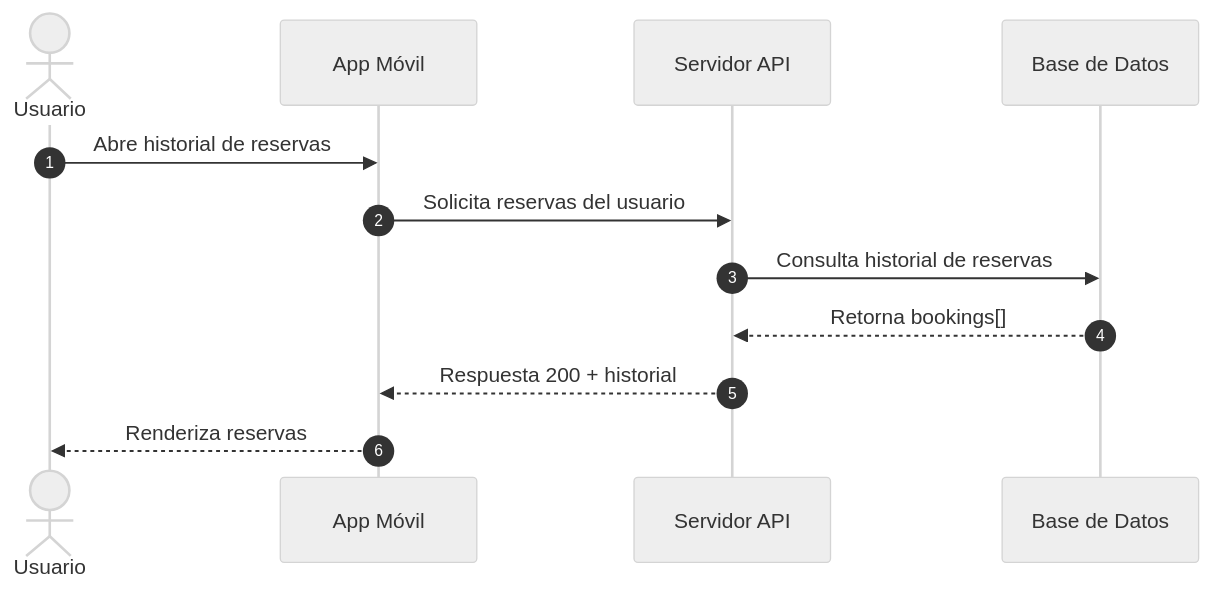
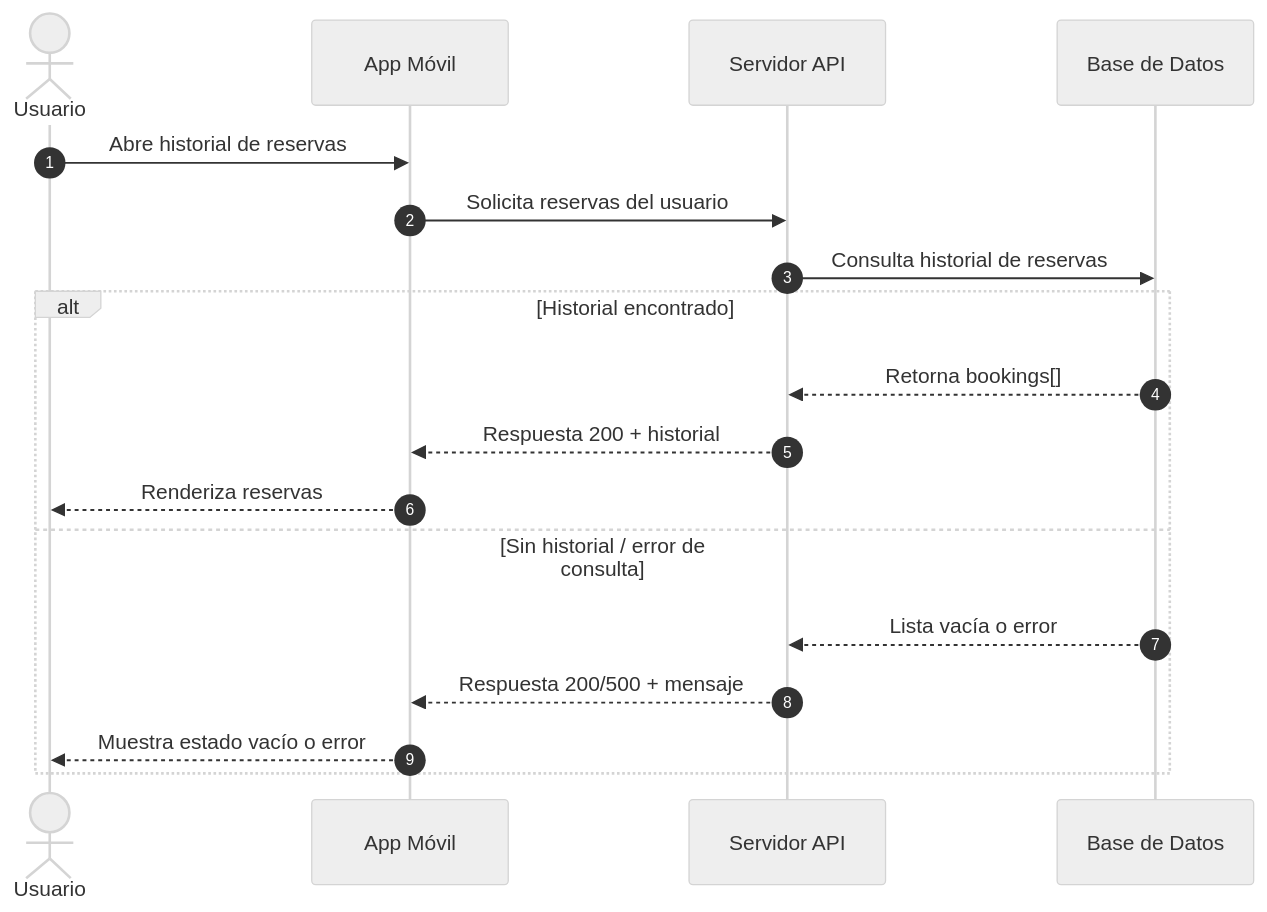
Before and after one commit to asobrados03/HumanPerformApp: the eighth of 12 diagrams in docs/SEQUENCE_DIAGRAMS.md, drawn with Mermaid (neutral theme). The commit also changed other lines of this file, not shown here.

Commit message:
docs: agrega unhappy paths en diagramas de secuencia

````diff
--- a/docs/SEQUENCE_DIAGRAMS.md
+++ b/docs/SEQUENCE_DIAGRAMS.md
@@ -135,15 +177,21 @@
 ```mermaid
 sequenceDiagram
     autonumber
     actor U as Usuario
     participant APP as App Móvil
     participant API as Servidor API
     participant DB as Base de Datos
 
     U->>APP: Abre historial de reservas
     APP->>API: Solicita reservas del usuario
     API->>DB: Consulta historial de reservas
-    DB-->>API: Retorna bookings[]
-    API-->>APP: Respuesta 200 + historial
-    APP-->>U: Renderiza reservas
+    alt Historial encontrado
+        DB-->>API: Retorna bookings[]
+        API-->>APP: Respuesta 200 + historial
+        APP-->>U: Renderiza reservas
+    else Sin historial / error de consulta
+        DB-->>API: Lista vacía o error
+        API-->>APP: Respuesta 200/500 + mensaje
+        APP-->>U: Muestra estado vacío o error
+    end
 ```
````
